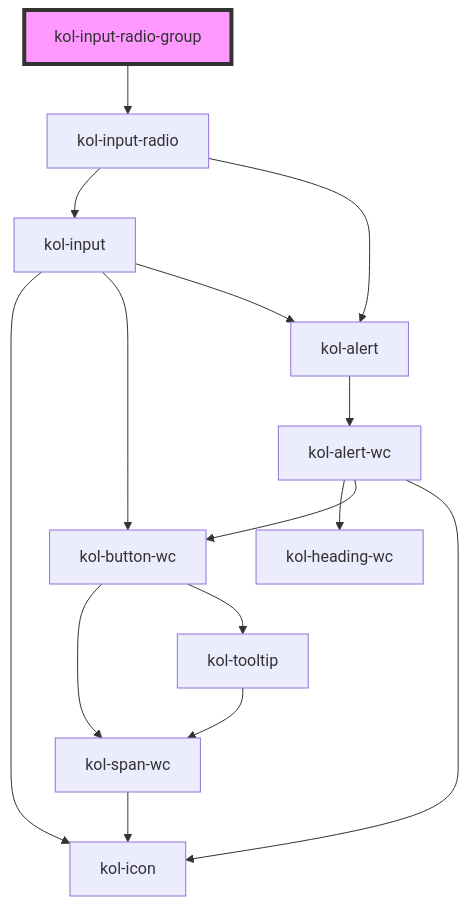
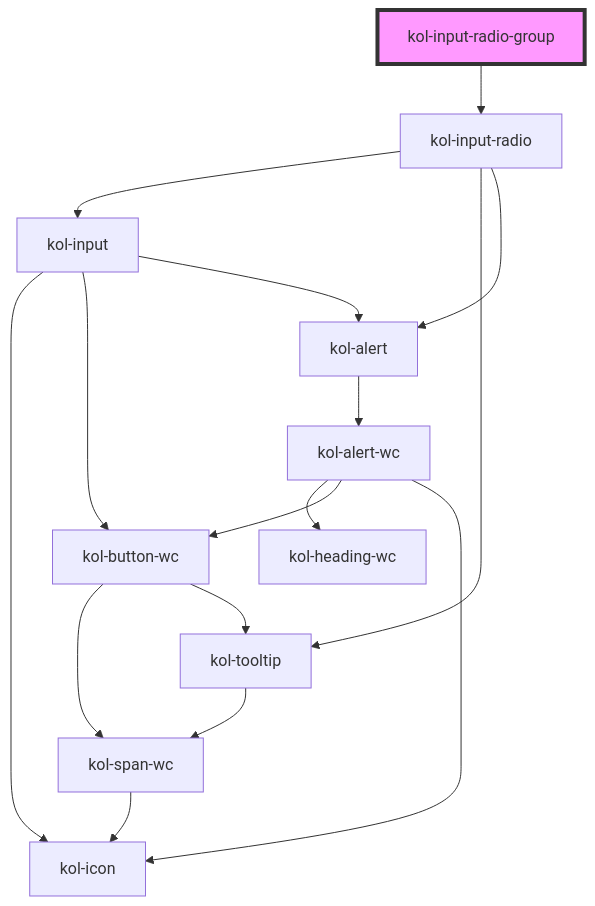
One commit to public-ui/kolibri changed the diagram in packages/components/src/components/input-radio-group/readme.md. Above: the diagram before and after it, drawn with Mermaid. The commit also changed 96 other files, not shown here.

````diff
--- a/packages/components/src/components/input-radio-group/readme.md
+++ b/packages/components/src/components/input-radio-group/readme.md
@@ -36,18 +36,19 @@
 ```mermaid
 graph TD;
   kol-input-radio-group --> kol-input-radio
   kol-input-radio --> kol-input
+  kol-input-radio --> kol-tooltip
   kol-input-radio --> kol-alert
   kol-input --> kol-icon
   kol-input --> kol-button-wc
   kol-input --> kol-alert
   kol-button-wc --> kol-span-wc
   kol-button-wc --> kol-tooltip
   kol-span-wc --> kol-icon
   kol-tooltip --> kol-span-wc
   kol-alert --> kol-alert-wc
   kol-alert-wc --> kol-heading-wc
   kol-alert-wc --> kol-button-wc
   kol-alert-wc --> kol-icon
   style kol-input-radio-group fill:#f9f,stroke:#333,stroke-width:4px
 ```
````
